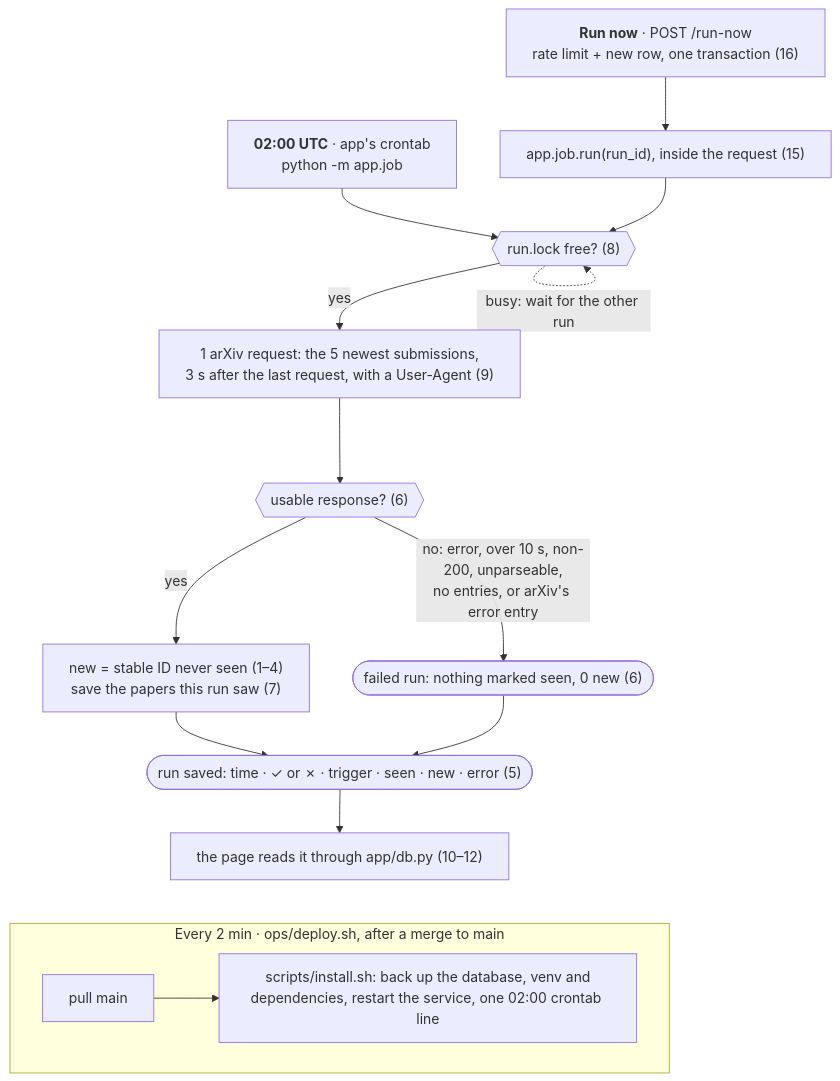
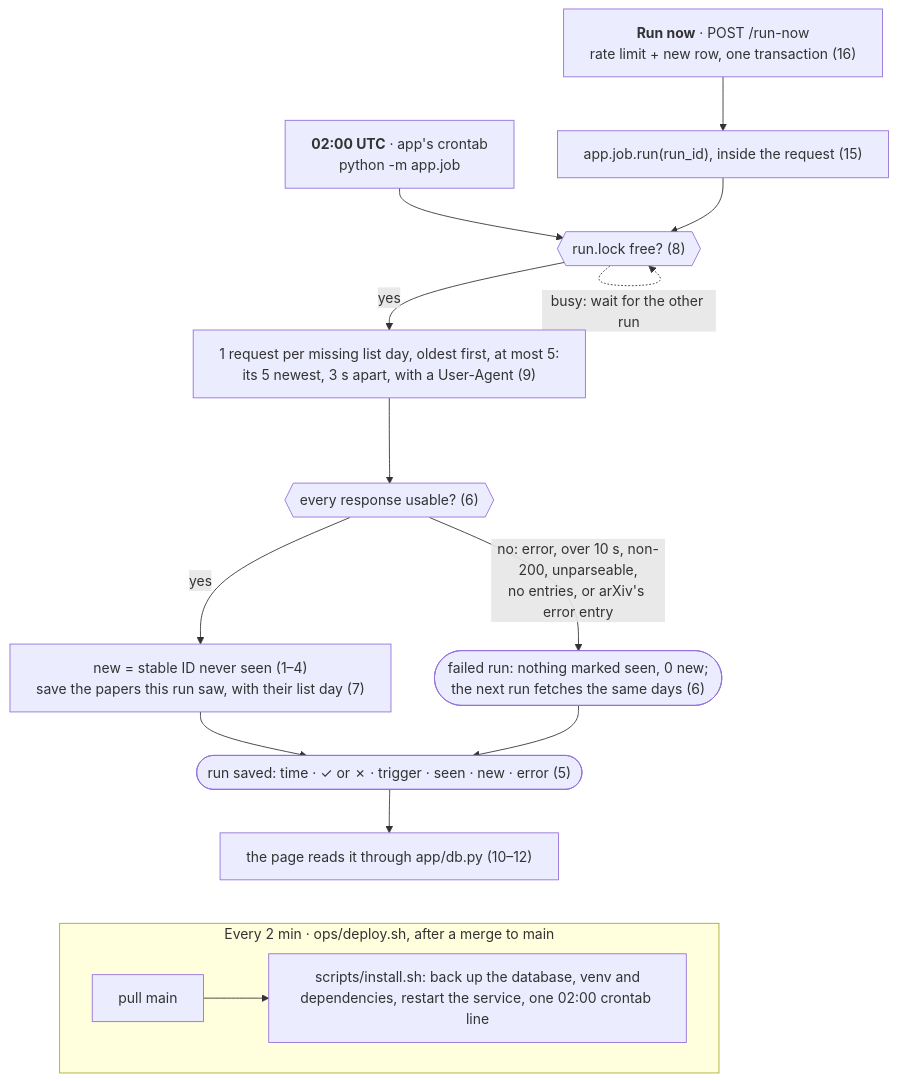
One commit to nikhil-kunapareddy/daily-briefing changed the diagram in SPEC.md. Above: the diagram before and after it, drawn with Mermaid. The commit also changed other lines of this file, not shown here.

Commit message:
SPEC: each day shows the 5 newest papers of arXiv's list for that day

````diff
--- a/SPEC.md
+++ b/SPEC.md
@@ -22,29 +29,29 @@
 ```mermaid
 %%{init: {"flowchart": {"wrappingWidth": 420}}}%%
 flowchart TD
   CR["<b>02:00 UTC</b> · app's crontab<br/>python -m app.job"]
   RN["<b>Run now</b> · POST /run-now<br/>rate limit + new row, one transaction (16)"]
   JR["app.job.run(run_id), inside the request (15)"]
   LK{{"run.lock free? (8)"}}
-  RQ["1 arXiv request: the 5 newest submissions,<br/>3 s after the last request, with a User-Agent (9)"]
-  OK{{"usable response? (6)"}}
-  F(["failed run: nothing marked seen, 0 new (6)"])
-  NW["new = stable ID never seen (1–4)<br/>save the papers this run saw (7)"]
+  RQ["1 request per missing list day, oldest first, at most 5:<br/>its 5 newest, 3 s apart, with a User-Agent (9)"]
+  OK{{"every response usable? (6)"}}
+  F(["failed run: nothing marked seen, 0 new;<br/>the next run fetches the same days (6)"])
+  NW["new = stable ID never seen (1–4)<br/>save the papers this run saw, with their list day (7)"]
   SV(["run saved: time · ✓ or ✗ · trigger · seen · new · error (5)"])
   PG["the page reads it through app/db.py (10–12)"]
 
   CR --> LK
   RN --> JR --> LK
   LK -->|"yes"| RQ
   LK -.->|"busy: wait for the other run"| LK
   RQ --> OK
   OK -->|"yes"| NW --> SV
   OK -->|"no: error, over 10 s, non-200, unparseable,<br/>no entries, or arXiv's error entry"| F --> SV
   SV --> PG
 
   subgraph DEP["Every 2 min · ops/deploy.sh, after a merge to main"]
     direction LR
     D1["pull main"] --> D2["scripts/install.sh: back up the database, venv and<br/>dependencies, restart the service, one 02:00 crontab line"]
   end
   PG ~~~ DEP
 ```
````
